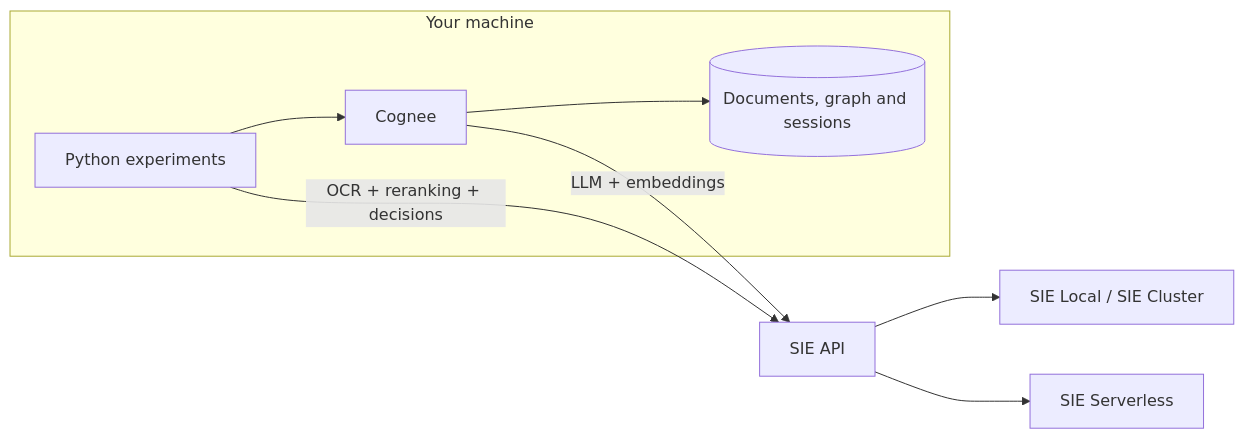
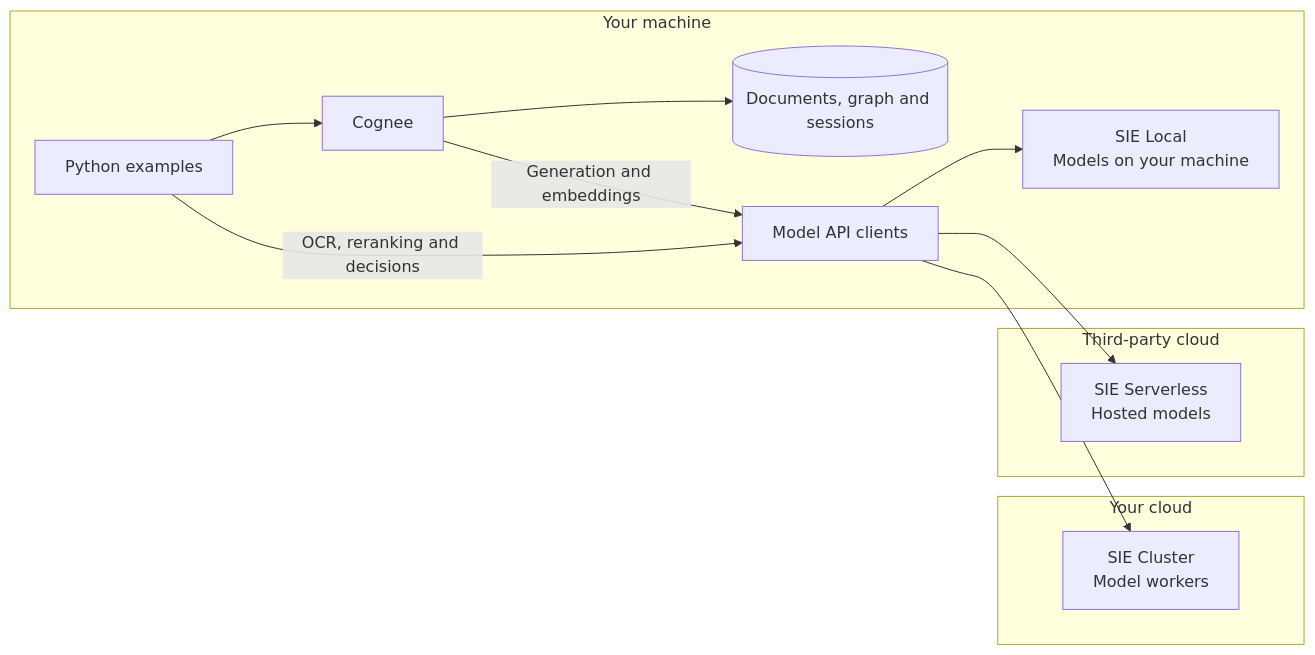
The first of 4 diagrams in examples/cognee/README.md (superlinked/sie), drawn with Mermaid before and after one commit. The commit also changed other lines of this file and 5 other files, not shown here.

````diff
--- a/examples/cognee/README.md
+++ b/examples/cognee/README.md
@@ -16,11 +16,19 @@
 ```mermaid
 flowchart LR
-  subgraph Machine[Your machine]
-    P[Python experiments] --> C[Cognee]
-    C --> D[(Documents, graph and sessions)]
+  subgraph Machine["Your machine"]
+    App["Python examples"] --> Cognee["Cognee"]
+    Cognee --> Memory[("Documents, graph and sessions")]
+    Cognee -->|Generation and embeddings| Clients["Model API clients"]
+    App -->|OCR, reranking and decisions| Clients
+    Local["SIE Local<br/>Models on your machine"]
   end
-  C -->|LLM + embeddings| S[SIE API]
-  P -->|OCR + reranking + decisions| S
-  S --> L[SIE Local / SIE Cluster]
-  S --> H[SIE Serverless]
+  subgraph Cloud["Your cloud"]
+    Cluster["SIE Cluster<br/>Model workers"]
+  end
+  subgraph Provider["Third-party cloud"]
+    Serverless["SIE Serverless<br/>Hosted models"]
+  end
+  Clients --> Local
+  Clients --> Cluster
+  Clients --> Serverless
 ```
````
